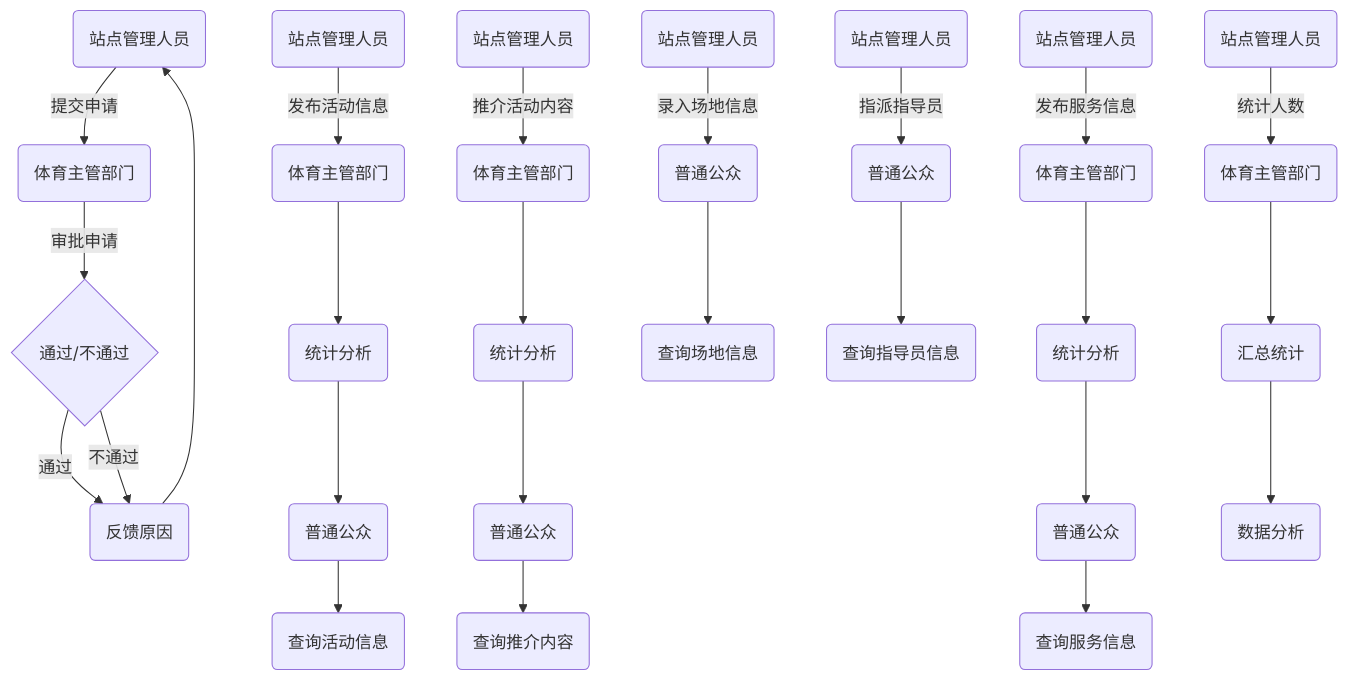
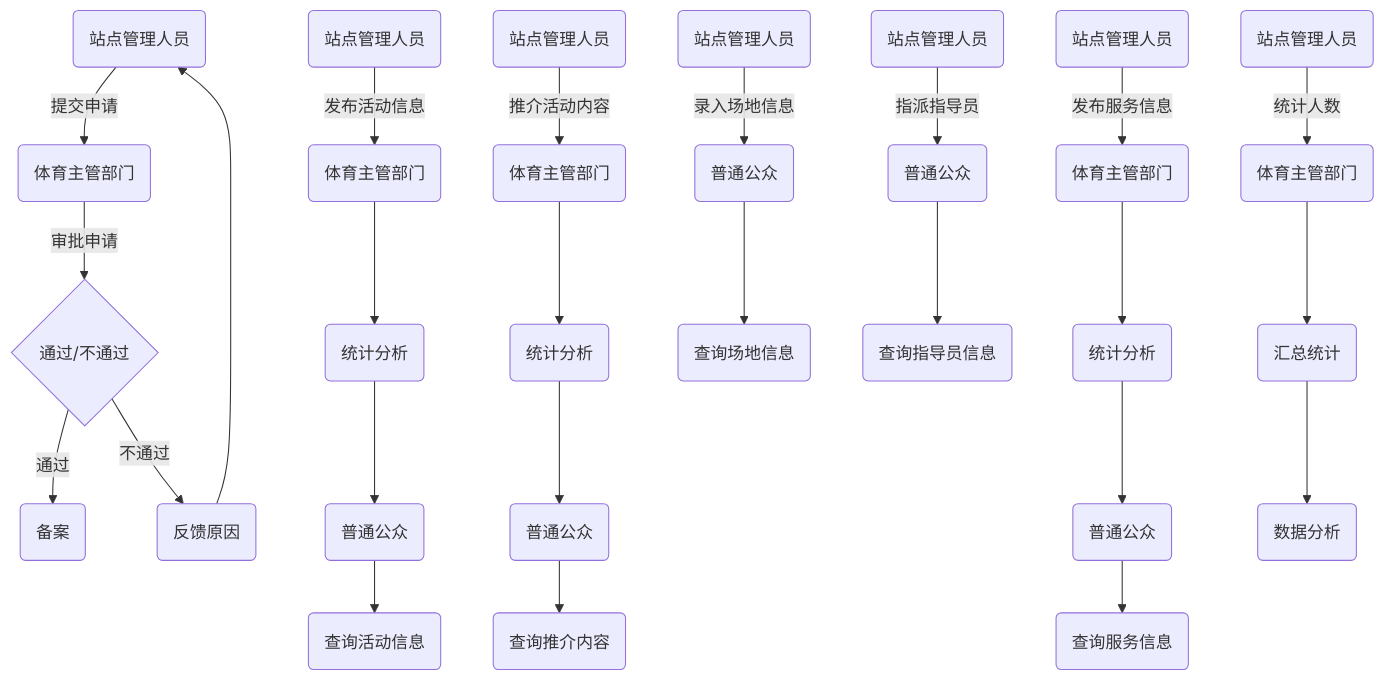
The diagram in all/未命名-1.md (miaozjs/iodraw-files), drawn with Mermaid before and after one commit.

Commit message:
2024-06-13 17:29:58 update

````diff
--- a/all/未命名-1.md
+++ b/all/未命名-1.md
@@ -1,34 +1,34 @@
 ```mermaid
 graph TD
     A1(站点管理人员) -->|提交申请| A2(体育主管部门)
     A2 -->|审批申请| A3{通过/不通过}
     A3 -->|通过| A4(备案)
-    A3 -->|不通过| A4(反馈原因)
-    A4 -->  A1
+    A3 -->|不通过| A5(反馈原因)
+    A5 --> A1
 
     B1(站点管理人员) -->|发布活动信息| B2(体育主管部门)
     B2 --> B3(统计分析)
     B3 --> B4(普通公众)
     B4 --> B5(查询活动信息)
 
     C1(站点管理人员) -->|推介活动内容| C2(体育主管部门)
     C2 --> C3(统计分析)
     C3 --> C4(普通公众)
     C4 --> C5(查询推介内容)
 
     D1(站点管理人员) -->|发布服务信息| D2(体育主管部门)
     D2 --> D3(统计分析)
     D3 --> D4(普通公众)
     D4 --> D5(查询服务信息)
 
     E1(站点管理人员) -->|录入场地信息| E4(普通公众)
     E4 --> E6(查询场地信息)
 
     F1(站点管理人员) -->|指派指导员| F4(普通公众)
     F4 --> F6(查询指导员信息)
 
     G1(站点管理人员) -->|统计人数| G2(体育主管部门)
     G2 --> G3(汇总统计)
     G3 --> G4(数据分析)
 
 ```
````
